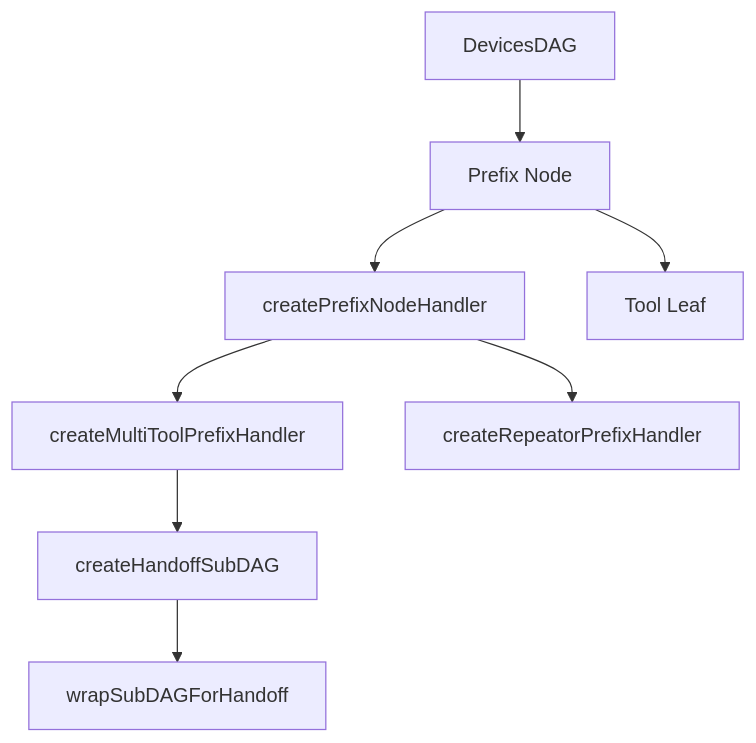
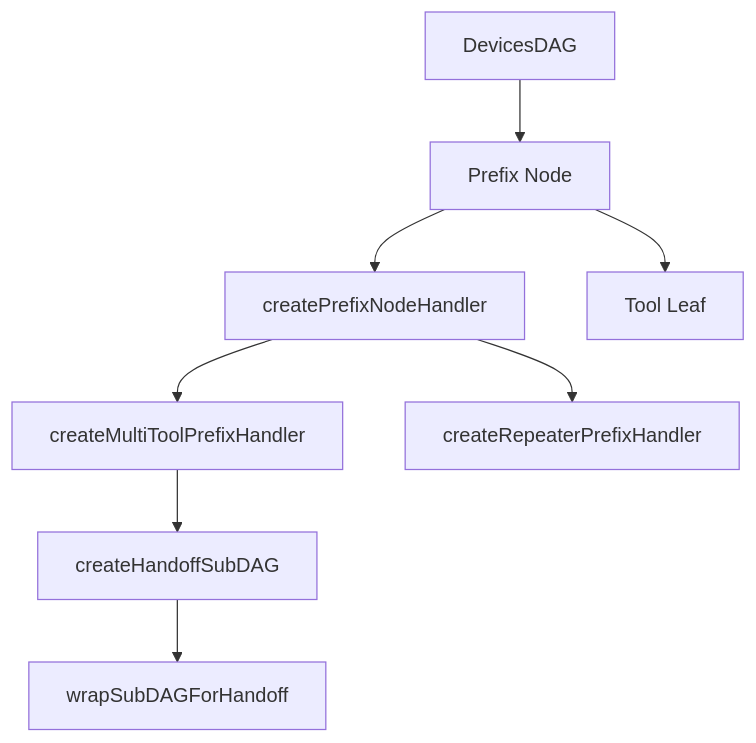
One commit to Frank-Steven/HoundWhiteboard changed the diagram in src/core/ui-thread/devices-dag/prefixes/docs/prefix-document.md. Above: the diagram before and after it, drawn with Mermaid. The commit also changed other lines of this file and 9 other files, not shown here.

````diff
--- a/src/core/ui-thread/devices-dag/prefixes/docs/prefix-document.md
+++ b/src/core/ui-thread/devices-dag/prefixes/docs/prefix-document.md
@@ -55,10 +55,10 @@
 ```mermaid
 flowchart TD
     Tree[DevicesDAG] --> Prefix[Prefix Node]
     Prefix --> Base[createPrefixNodeHandler]
     Base --> Multi[createMultiToolPrefixHandler]
-    Base --> Repeator[createRepeatorPrefixHandler]
+    Base --> Repeater[createRepeaterPrefixHandler]
     Multi --> Handoff[createHandoffSubDAG]
     Handoff --> WrapSub[wrapSubDAGForHandoff]
     Prefix --> Tool[Tool Leaf]
 ```
````
